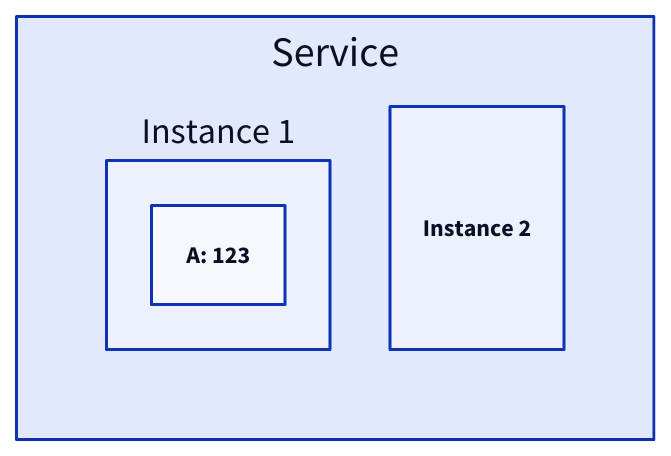
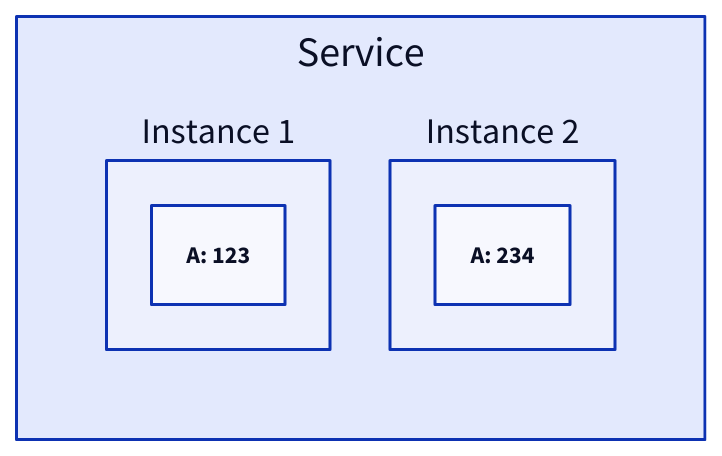
Before and after one commit to link1905/system-design-101: the first of 7 diagrams in content/docs/design-patterns/caching-patterns.md, drawn with D2. The commit also changed other lines of this file and 12 other files, not shown here.

````diff
--- a/content/docs/design-patterns/caching-patterns.md
+++ b/content/docs/design-patterns/caching-patterns.md
@@ -21,9 +23,11 @@
 ```d2
 s: Service {
     grid-rows: 1
     i1: Instance 1 {
         "A: 123"
     }
-    i2: Instance 2
+    i2: Instance 2 {
+        "A: 234"
+    }
 }
 ```
````
